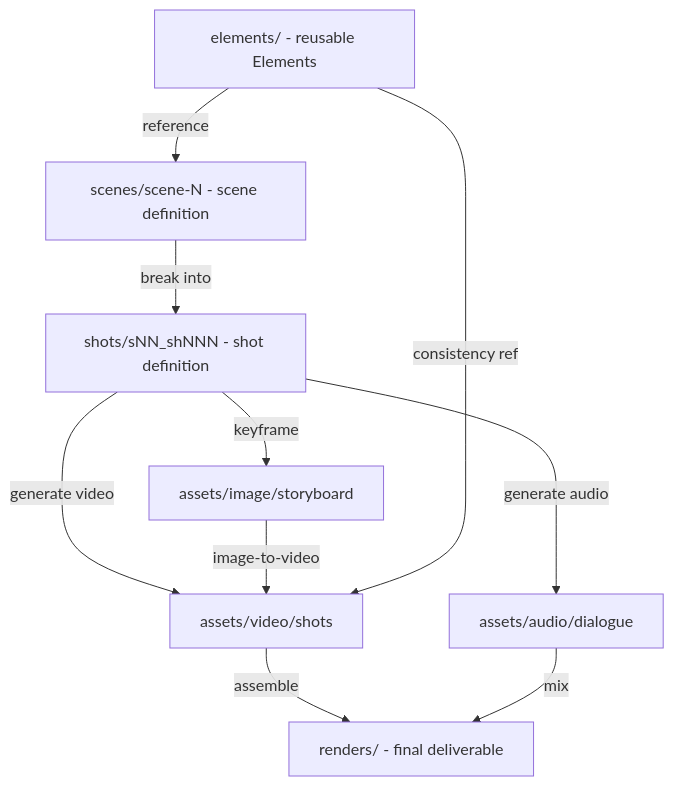
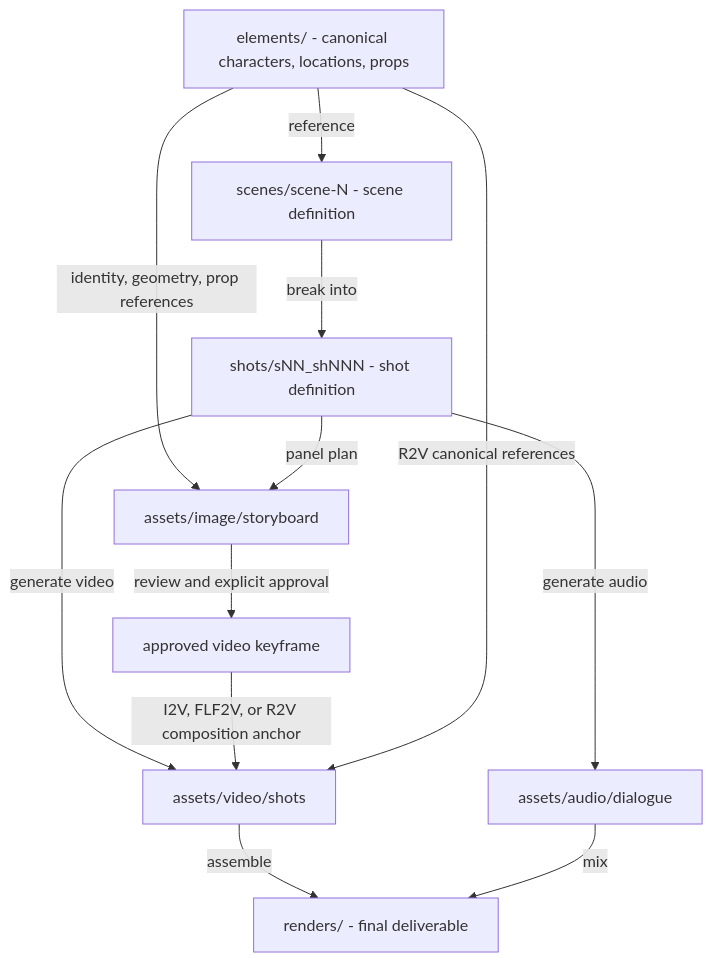
One commit to ArthurReimus-ByteDance/ark-director changed the second of 2 diagrams in AGENTS.md. Above: the diagram before and after it, drawn with Mermaid. The commit also changed other lines of this file and 9 other files, not shown here.

Commit message:
feat: add storyboard-to-video handoff

````diff
--- a/AGENTS.md
+++ b/AGENTS.md
@@ -173,12 +173,14 @@
 ```mermaid
 flowchart TD
-  E[elements/ - reusable Elements] -->|reference| S
+  E[elements/ - canonical characters, locations, props] -->|reference| S
   S[scenes/scene-N - scene definition] -->|break into| SH[shots/sNN_shNNN - shot definition]
-  SH -->|keyframe| IMG1[assets/image/storyboard]
+  E -->|identity, geometry, prop references| IMG1[assets/image/storyboard]
+  SH -->|panel plan| IMG1
+  IMG1 -->|review and explicit approval| KF[approved video keyframe]
   SH -->|generate video| VID[assets/video/shots]
   SH -->|generate audio| AUD[assets/audio/dialogue]
-  IMG1 -->|image-to-video| VID
+  KF -->|I2V, FLF2V, or R2V composition anchor| VID
   VID -->|assemble| R[renders/ - final deliverable]
   AUD -->|mix| R
-  E -->|consistency ref| VID
+  E -->|R2V canonical references| VID
 ```
````
